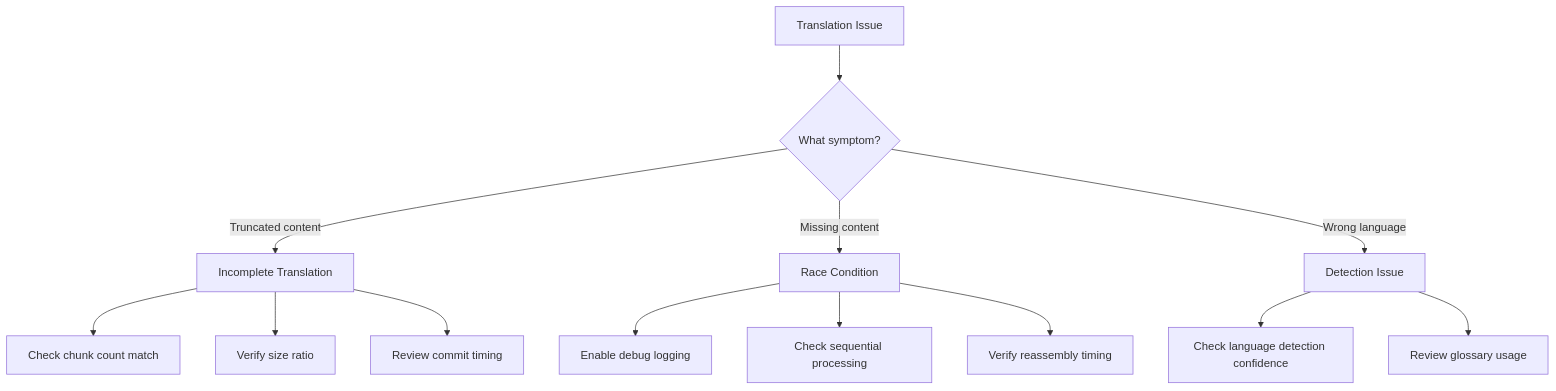
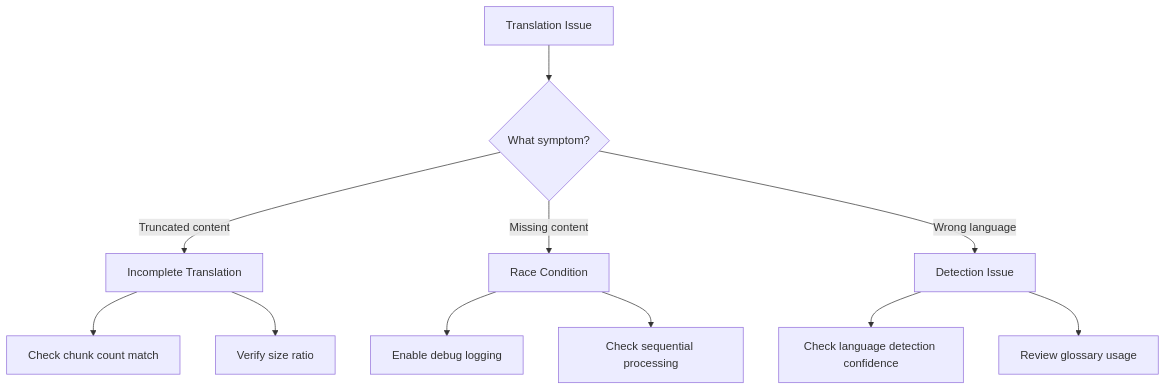
Before and after one commit to NivaldoFarias/translate-react: the second of 3 diagrams in docs/TROUBLESHOOTING.md, drawn with Mermaid. The commit also changed other lines of this file and 14 other files, not shown here.

````diff
--- a/docs/TROUBLESHOOTING.md
+++ b/docs/TROUBLESHOOTING.md
@@ -229,18 +196,16 @@
 ```mermaid
 flowchart TD
     A[Translation Issue] --> B{What symptom?}
     B -->|Truncated content| C[Incomplete Translation]
     B -->|Missing content| D[Race Condition]
     B -->|Wrong language| E[Detection Issue]
 
     C --> C1[Check chunk count match]
     C --> C2[Verify size ratio]
-    C --> C3[Review commit timing]
 
     D --> D1[Enable debug logging]
     D --> D2[Check sequential processing]
-    D --> D3[Verify reassembly timing]
 
     E --> E1[Check language detection confidence]
     E --> E2[Review glossary usage]
 ```
````
